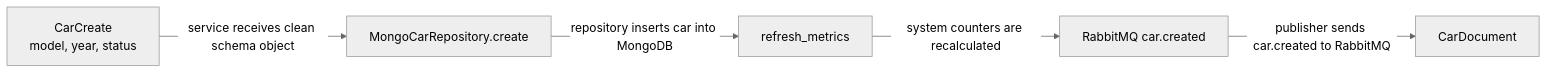
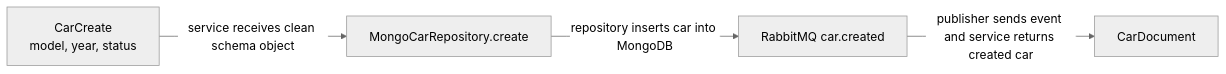
Before and after one commit to YonatanMoshes/Rental: the fourth of 15 diagrams in README.md, drawn with Mermaid (neutral theme). The commit also changed other lines of this file and 7 other files, not shown here.

````diff
--- a/README.md
+++ b/README.md
@@ -263,13 +264,11 @@
 ```mermaid
 flowchart LR
     Input["CarCreate<br/>model, year, status"]
     Repo["MongoCarRepository.create"]
-    Metrics["refresh_metrics"]
-    Event["RabbitMQ car.created"]
+    Queue["RabbitMQ car.created"]
     Output["CarDocument"]
 
     Input -->|"service receives clean schema object"| Repo
-    Repo -->|"repository inserts car into MongoDB"| Metrics
-    Metrics -->|"system counters are recalculated"| Event
-    Event -->|"publisher sends car.created to RabbitMQ"| Output
+    Repo -->|"repository inserts car into MongoDB"| Queue
+    Queue -->|"publisher sends event and service returns created car"| Output
 ```
````
